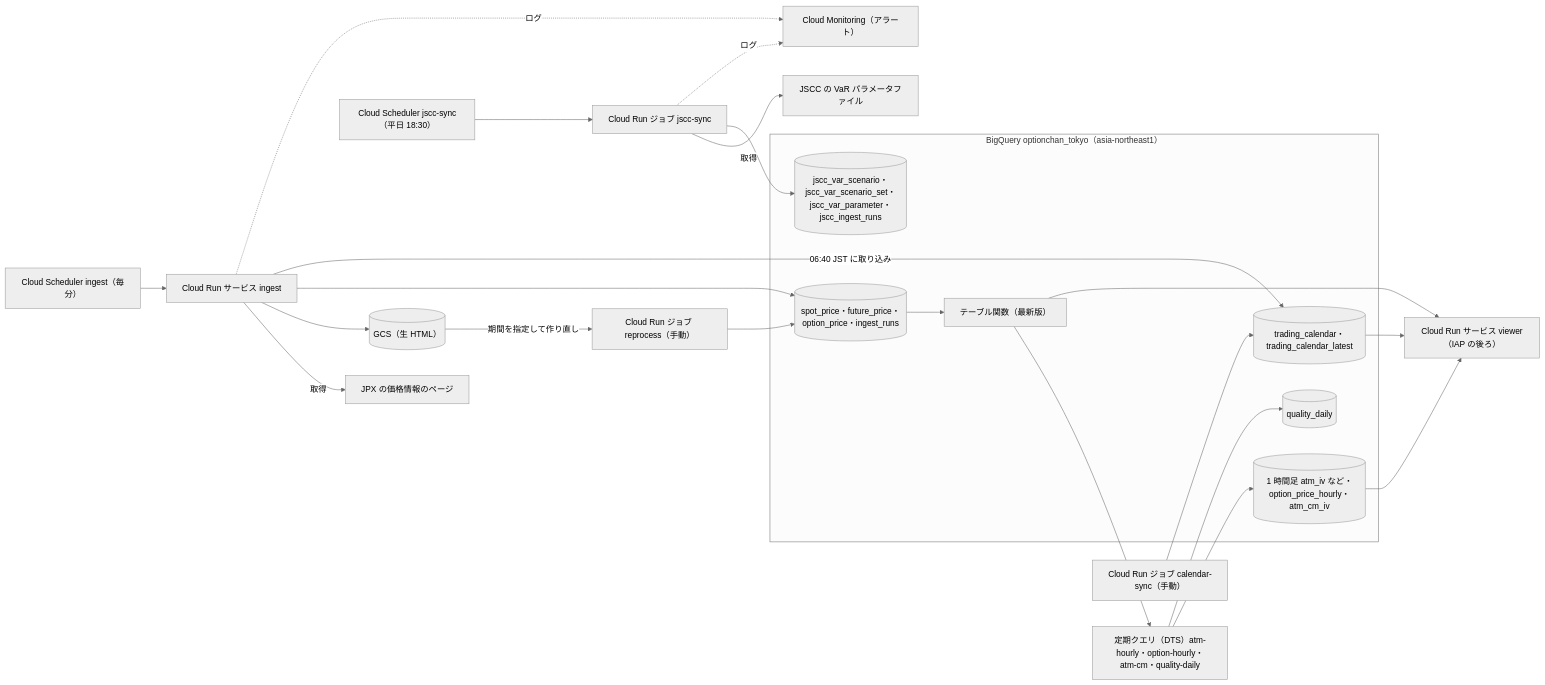
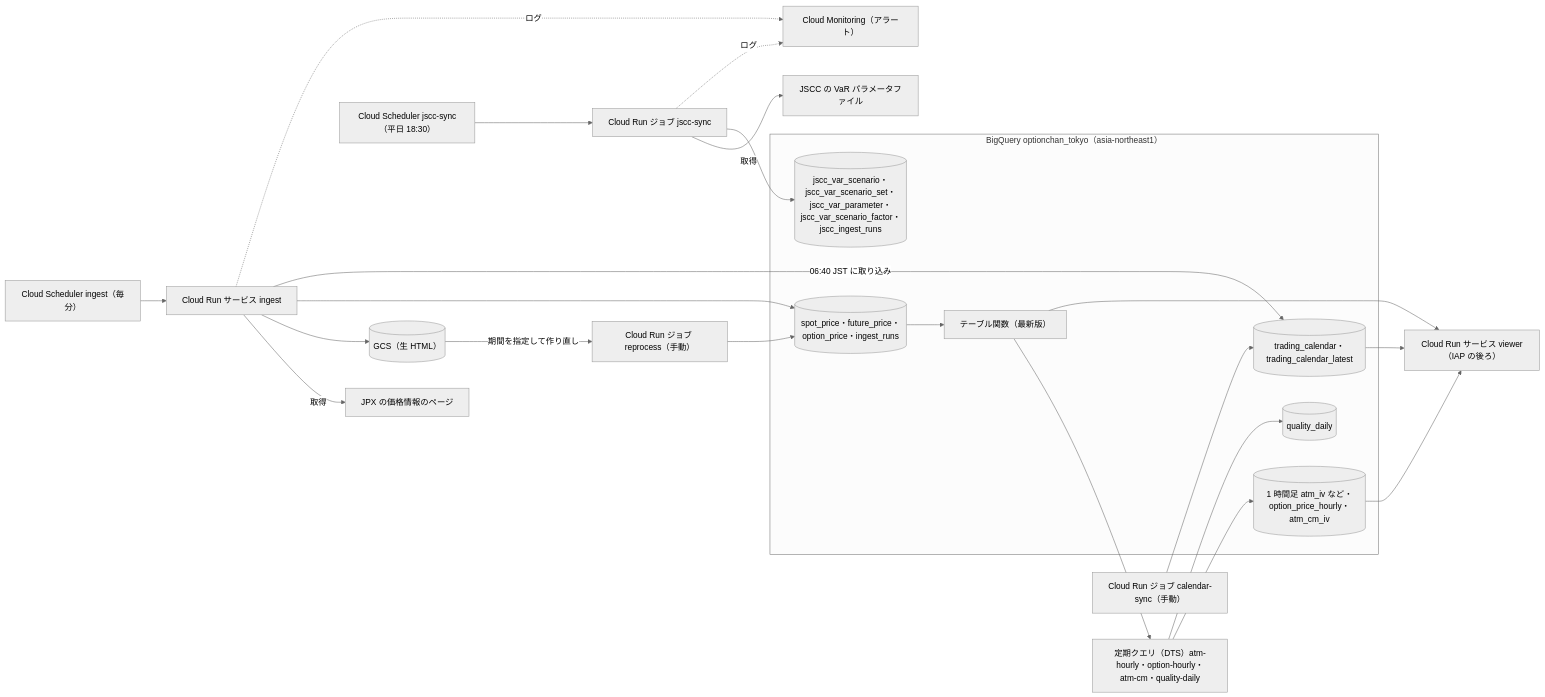
One commit to terukusu/optionchan-gcp changed the diagram in README.md. Above: the diagram before and after it, drawn with Mermaid (neutral theme). The commit also changed other lines of this file and 15 other files, not shown here.

First line of the commit message:
feat: JSCC のシナリオから限月ごとの r・g(z) を当てはめた表 jscc_var_scenario_factor を jscc-sync に足す (#168)

````diff
--- a/README.md
+++ b/README.md
@@ -19,44 +19,44 @@
 ```mermaid
 flowchart LR
   JPX["JPX の価格情報のページ"]
   SCH["Cloud Scheduler ingest（毎分）"]
   ING["Cloud Run サービス ingest"]
   REP["Cloud Run ジョブ reprocess（手動）"]
   CAL["Cloud Run ジョブ calendar-sync（手動）"]
   JSCC["JSCC の VaR パラメータファイル"]
   JSCH["Cloud Scheduler jscc-sync（平日 18:30）"]
   JSJ["Cloud Run ジョブ jscc-sync"]
   GCS[("GCS（生 HTML）")]
   subgraph BQ["BigQuery optionchan_tokyo（asia-northeast1）"]
     RAW[("spot_price・future_price・option_price・ingest_runs")]
     TVF["テーブル関数（最新版）"]
     TC[("trading_calendar・trading_calendar_latest")]
     OHLC[("1 時間足 atm_iv など・option_price_hourly・atm_cm_iv")]
     QC[("quality_daily")]
-    JT[("jscc_var_scenario・jscc_var_scenario_set・jscc_var_parameter・jscc_ingest_runs")]
+    JT[("jscc_var_scenario・jscc_var_scenario_set・jscc_var_parameter・jscc_var_scenario_factor・jscc_ingest_runs")]
   end
   DTS["定期クエリ（DTS）atm-hourly・option-hourly・atm-cm・quality-daily"]
   VW["Cloud Run サービス viewer（IAP の後ろ）"]
   MON["Cloud Monitoring（アラート）"]
 
   SCH --> ING
   ING -->|取得| JPX
   ING --> GCS
   ING --> RAW
   ING -->|06:40 JST に取り込み| TC
   CAL --> TC
   GCS -->|期間を指定して作り直し| REP
   REP --> RAW
   RAW --> TVF
   TVF --> DTS
   DTS --> OHLC
   DTS --> QC
   TVF --> VW
   OHLC --> VW
   TC --> VW
   JSCH --> JSJ
   JSJ -->|取得| JSCC
   JSJ --> JT
   ING -.ログ.-> MON
   JSJ -.ログ.-> MON
 ```
````
